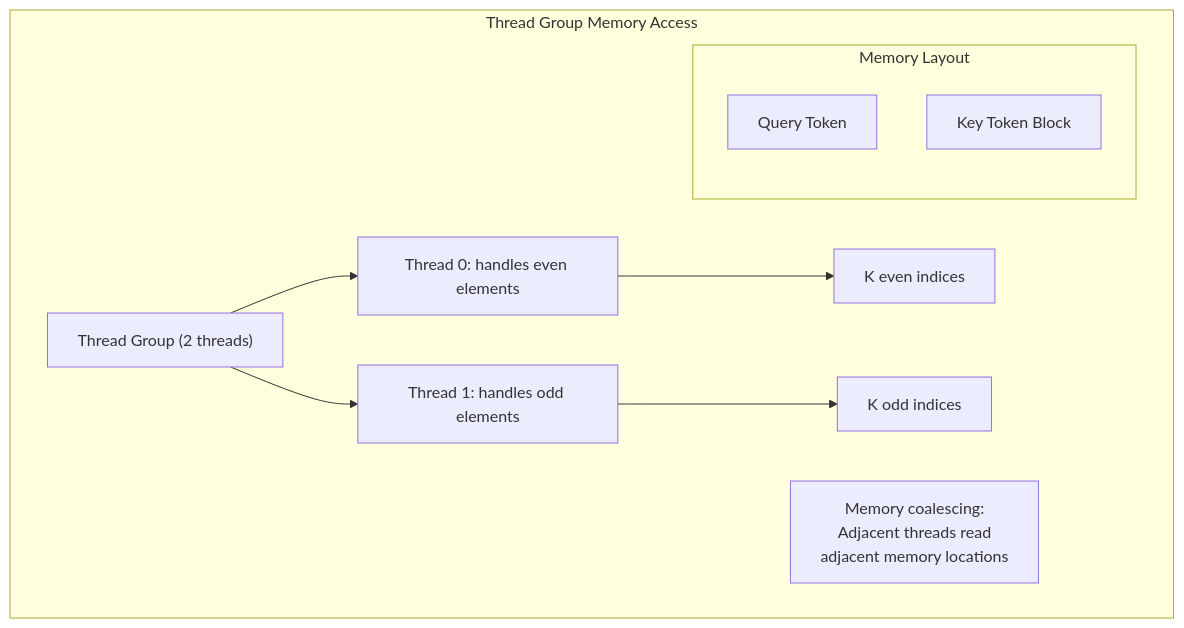
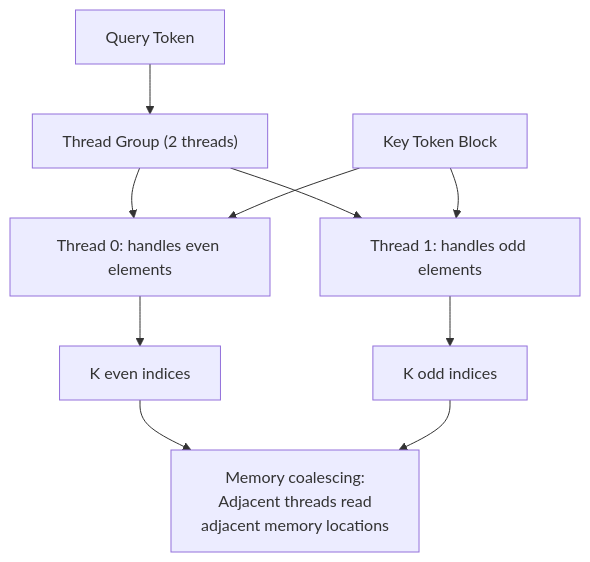
One commit to Shahriarin2garden/vllm_from_scratch changed diagram 24 of 37 in lab0.2/README.md. Above: the diagram before and after it, drawn with Mermaid. The commit also changed other lines of this file, not shown here.

Commit message:
Refactor diagrams in README.md for improved clarity and consistency

````diff
--- a/lab0.2/README.md
+++ b/lab0.2/README.md
@@ -808,18 +699,14 @@
 ```mermaid
 graph TD
-    subgraph "Thread Group Memory Access"
-        TG["Thread Group (2 threads)"]
-        TG --> T0["Thread 0: handles even elements"]
-        TG --> T1["Thread 1: handles odd elements"]
-        
-        subgraph "Memory Layout"
-            QToken["Query Token"]
-            KToken["Key Token Block"]
-        end
-        
-        T0 --> K0["K even indices"]
-        T1 --> K1["K odd indices"]
-        
-        Note["Memory coalescing:<br/>Adjacent threads read<br/>adjacent memory locations"]
-    end
+    TG["Thread Group (2 threads)"] --> T0["Thread 0: handles even elements"]
+    TG --> T1["Thread 1: handles odd elements"]
+    
+    QToken[Query Token] --> TG
+    KToken[Key Token Block] --> T0
+    KToken --> T1
+    
+    T0 --> K0["K even indices"]
+    T1 --> K1["K odd indices"]
+    
+    K0 & K1 --> Note["Memory coalescing:<br/>Adjacent threads read<br/>adjacent memory locations"]
 ```
````
